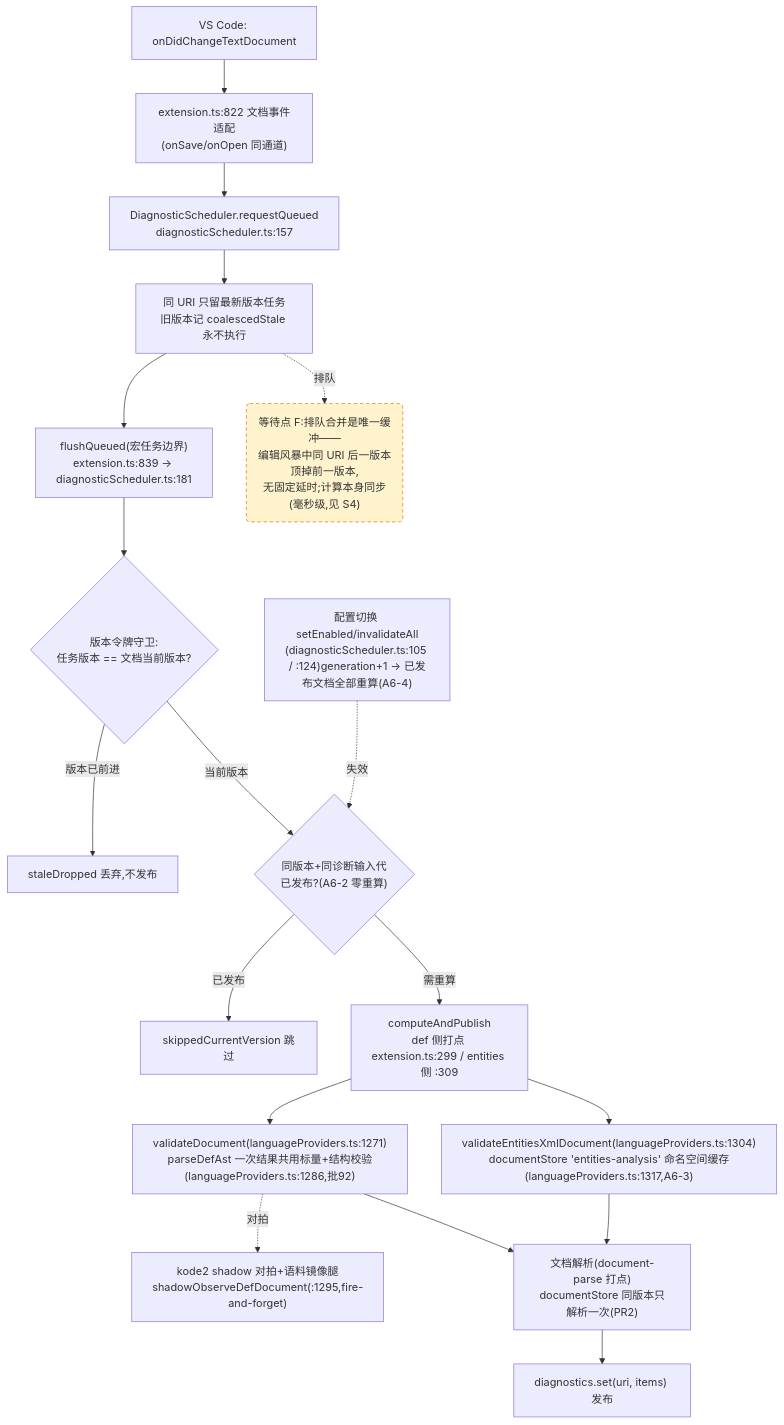
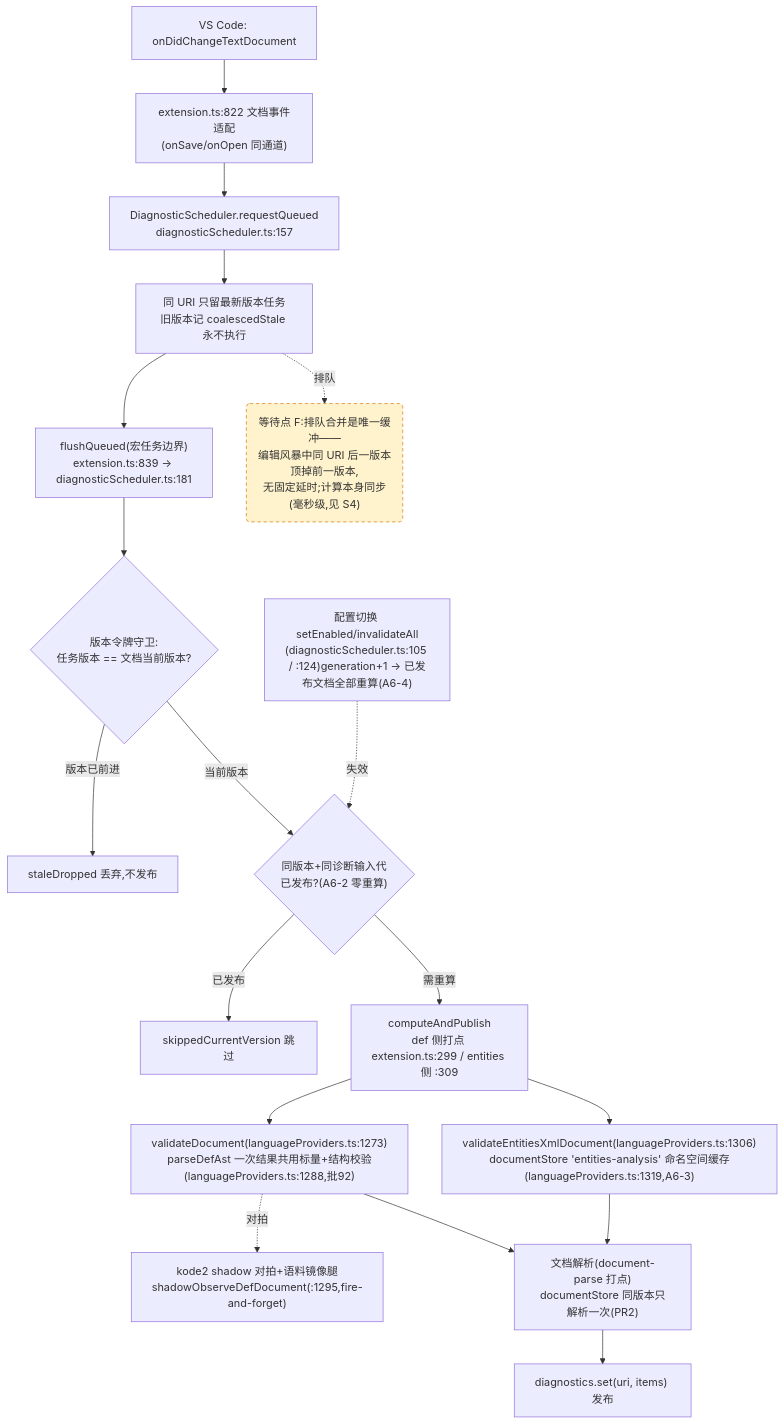
The fourth of 4 diagrams in docs/perf/2026-baseline.md (cuihairu/kode), drawn with Mermaid before and after one commit. The commit also changed other lines of this file and 1 other file, not shown here.

````diff
--- a/docs/perf/2026-baseline.md
+++ b/docs/perf/2026-baseline.md
@@ -214,38 +214,38 @@
 ```mermaid
 flowchart TD
   CHG["VS Code: onDidChangeTextDocument"]
   WATCH["extension.ts:822 文档事件适配<br/>(onSave/onOpen 同通道)"]
   RQ["DiagnosticScheduler.requestQueued<br/>diagnosticScheduler.ts:157"]
   CO["同 URI 只留最新版本任务<br/>旧版本记 coalescedStale 永不执行"]
   FL["flushQueued(宏任务边界)<br/>extension.ts:839 → diagnosticScheduler.ts:181"]
   VG{"版本令牌守卫:<br/>任务版本 == 文档当前版本?"}
   DROP["staleDropped 丢弃,不发布"]
   GEN{"同版本+同诊断输入代<br/>已发布?(A6-2 零重算)"}
   SKIP["skippedCurrentVersion 跳过"]
   CALC["computeAndPublish<br/>def 侧打点 extension.ts:299 / entities 侧 :309"]
-  VD["validateDocument(languageProviders.ts:1271)<br/>parseDefAst 一次结果共用标量+结构校验(languageProviders.ts:1286,批92)"]
-  VEX["validateEntitiesXmlDocument(languageProviders.ts:1304)<br/>documentStore 'entities-analysis' 命名空间缓存(languageProviders.ts:1317,A6-3)"]
+  VD["validateDocument(languageProviders.ts:1273)<br/>parseDefAst 一次结果共用标量+结构校验(languageProviders.ts:1288,批92)"]
+  VEX["validateEntitiesXmlDocument(languageProviders.ts:1306)<br/>documentStore 'entities-analysis' 命名空间缓存(languageProviders.ts:1319,A6-3)"]
   SHDD["kode2 shadow 对拍+语料镜像腿<br/>shadowObserveDefDocument(:1295,fire-and-forget)"]
   DS["文档解析(document-parse 打点)<br/>documentStore 同版本只解析一次(PR2)"]
   PUB["diagnostics.set(uri, items) 发布"]
   CFG2["配置切换 setEnabled/invalidateAll<br/>(diagnosticScheduler.ts:105 / :124)generation+1 → 已发布文档全部重算(A6-4)"]
 
   CHG --> WATCH --> RQ --> CO --> FL --> VG
   VG -- "版本已前进" --> DROP
   VG -- "当前版本" --> GEN
   GEN -- "已发布" --> SKIP
   GEN -- "需重算" --> CALC
   CALC --> VD
   CALC --> VEX
   VD --> DS
   VEX --> DS
   DS --> PUB
   VD -.->|对拍| SHDD
   CFG2 -.->|失效| GEN
 
   WAITF("等待点 F:排队合并是唯一缓冲——<br/>编辑风暴中同 URI 后一版本顶掉前一版本,<br/>无固定延时;计算本身同步(毫秒级,见 S4)")
   CO -.->|排队| WAITF
 
   classDef waitPoint fill:#fff3cd,stroke:#d97706,stroke-dasharray:5 4;
   class WAITF waitPoint;
 ```
````
